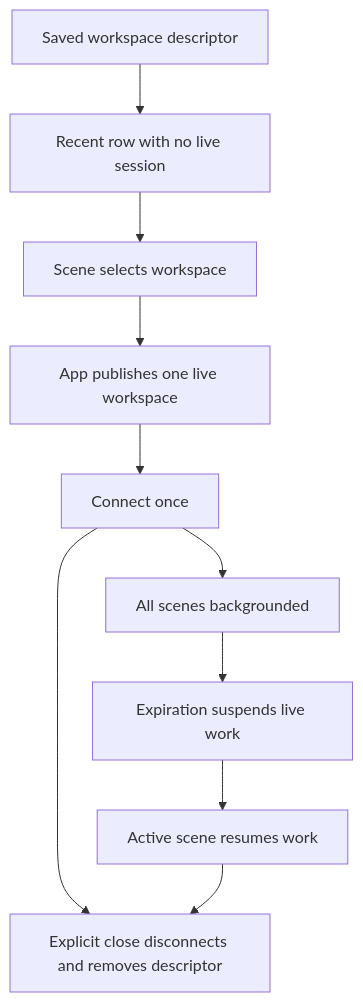
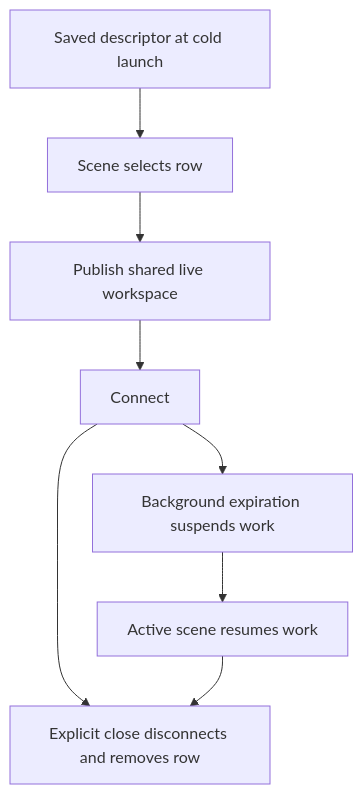
One commit to AkinoKaede/Termind changed the fifth of 5 diagrams in openwiki/concepts/ui-design-principles.md. Above: the diagram before and after it, drawn with Mermaid. The commit also changed other lines of this file and 49 other files, not shown here.

````diff
--- a/openwiki/concepts/ui-design-principles.md
+++ b/openwiki/concepts/ui-design-principles.md
@@ -356,12 +256,10 @@
 ```mermaid
 flowchart TD
-    Saved["Saved workspace descriptor"] --> Recent["Recent row with no live session"]
-    Recent --> Selected["Scene selects workspace"]
-    Selected --> Published["App publishes one live workspace"]
-    Published --> Connecting["Connect once"]
-    Connecting --> Background["All scenes backgrounded"]
-    Background --> Expired["Expiration suspends live work"]
-    Expired --> Active["Active scene resumes work"]
-    Connecting --> Closed["Explicit close disconnects and removes descriptor"]
+    Saved[Saved descriptor at cold launch] --> Selected[Scene selects row]
+    Selected --> Published[Publish shared live workspace]
+    Published --> Connected[Connect]
+    Connected --> Expired[Background expiration suspends work]
+    Expired --> Active[Active scene resumes work]
+    Connected --> Closed[Explicit close disconnects and removes row]
     Active --> Closed
 ```
````
